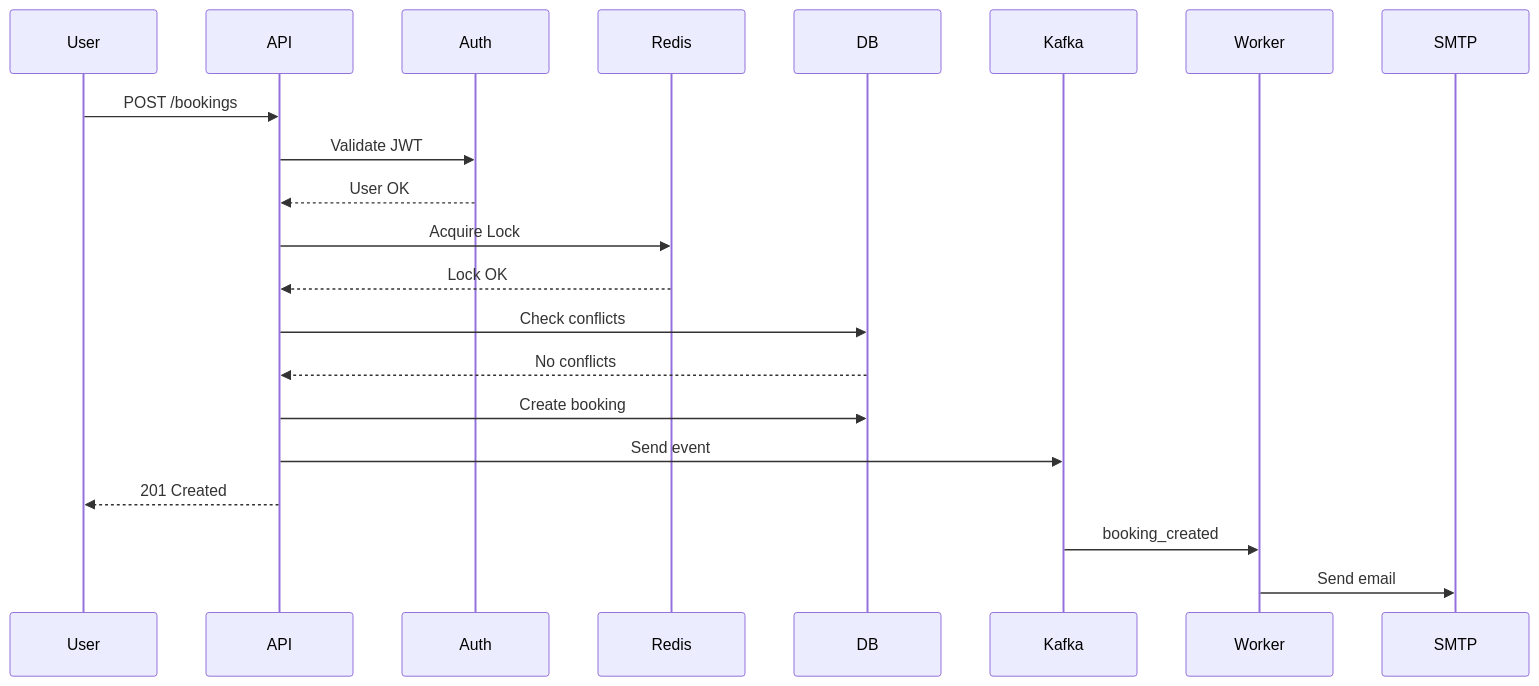
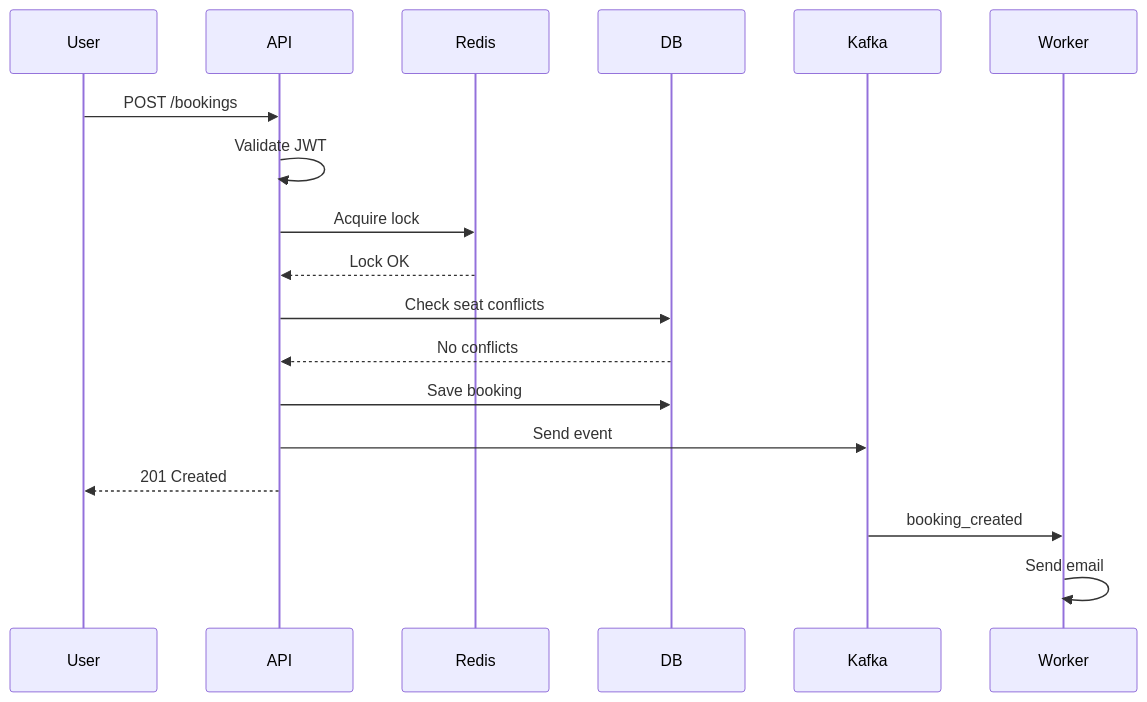
Before and after one commit to DoonyFreeman/Booking_API_Service: the second of 2 diagrams in README.md, drawn with Mermaid. The commit also changed other lines of this file and 1 other file, not shown here.

````diff
--- a/README.md
+++ b/README.md
@@ -120,15 +128,21 @@
 ```mermaid
 sequenceDiagram
-    User->>API: POST /bookings
-    API->>Auth: Validate JWT
-    Auth-->>API: User OK
-    API->>Redis: Acquire Lock
-    Redis-->>API: Lock OK
-    API->>DB: Check conflicts
-    DB-->>API: No conflicts
-    API->>DB: Create booking
-    API->>Kafka: Send event
-    API-->>User: 201 Created
-    Kafka->>Worker: booking_created
-    Worker->>SMTP: Send email
+    participant U as User
+    participant A as API
+    participant R as Redis
+    participant D as DB
+    participant K as Kafka
+    participant W as Worker
+    
+    U->>A: POST /bookings
+    A->>A: Validate JWT
+    A->>R: Acquire lock
+    R-->>A: Lock OK
+    A->>D: Check seat conflicts
+    D-->>A: No conflicts
+    A->>D: Save booking
+    A->>K: Send event
+    A-->>U: 201 Created
+    K->>W: booking_created
+    W->>W: Send email
 ```
````
